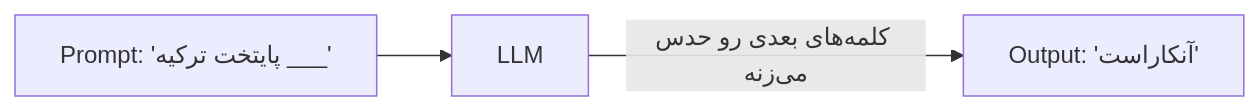
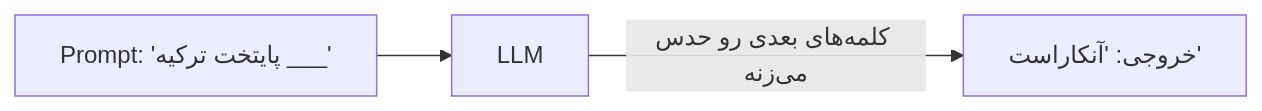
One commit to lokumai/ai-engineering-bazaar changed the diagram in mini-courses/1_fundamentals/everyone/llms_fa.md. Above: the diagram before and after it, drawn with Mermaid. The commit also changed other lines of this file and 27 other files, not shown here.

Commit message:
PR #80 review (translations and docs): measured figure and length claims, INDEX current, written-modules wording, Persian joins, Turkish and Persian wording

````diff
--- a/mini-courses/1_fundamentals/everyone/llms_fa.md
+++ b/mini-courses/1_fundamentals/everyone/llms_fa.md
@@ -19,5 +19,5 @@
 ```mermaid
 graph LR
     A["Prompt: 'پایتخت ترکیه ___'"] --> B[LLM]
-    B -->|کلمه‌های بعدی رو حدس می‌زنه| C["Output: 'آنکاراست'"]
+    B -->|کلمه‌های بعدی رو حدس می‌زنه| C["خروجی: 'آنکاراست'"]
 ```
````
